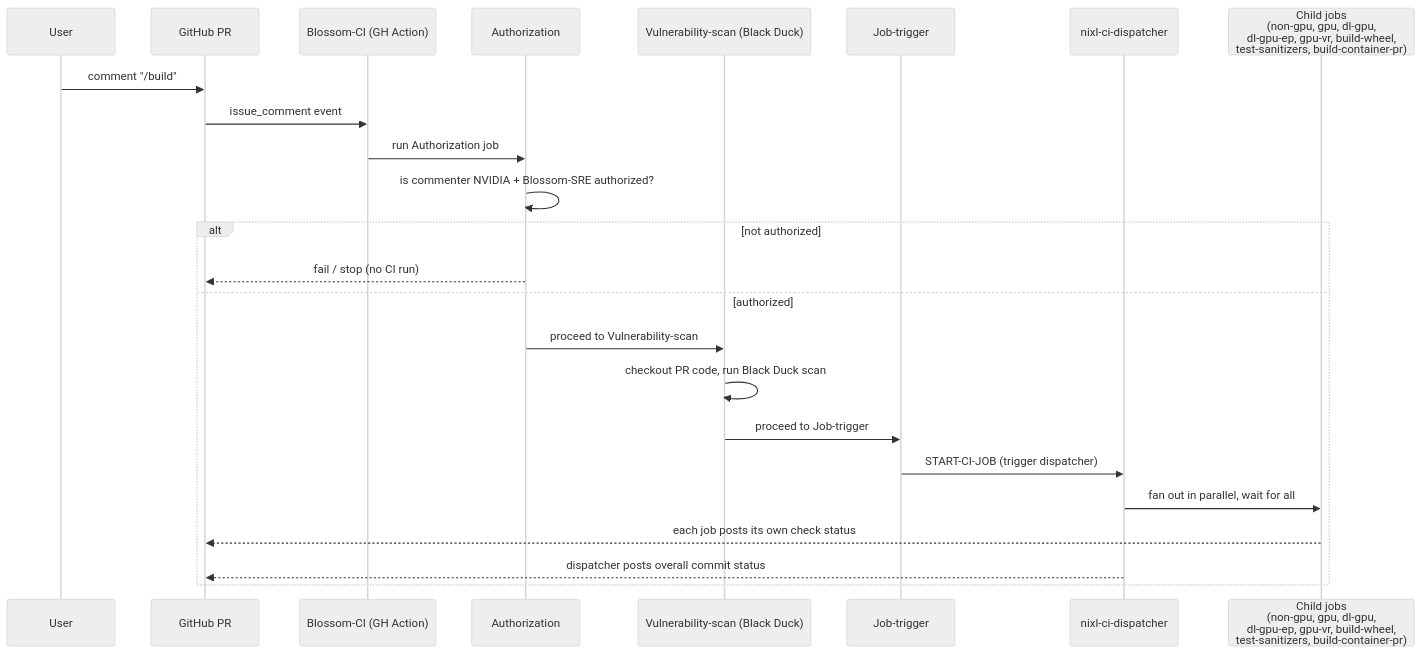
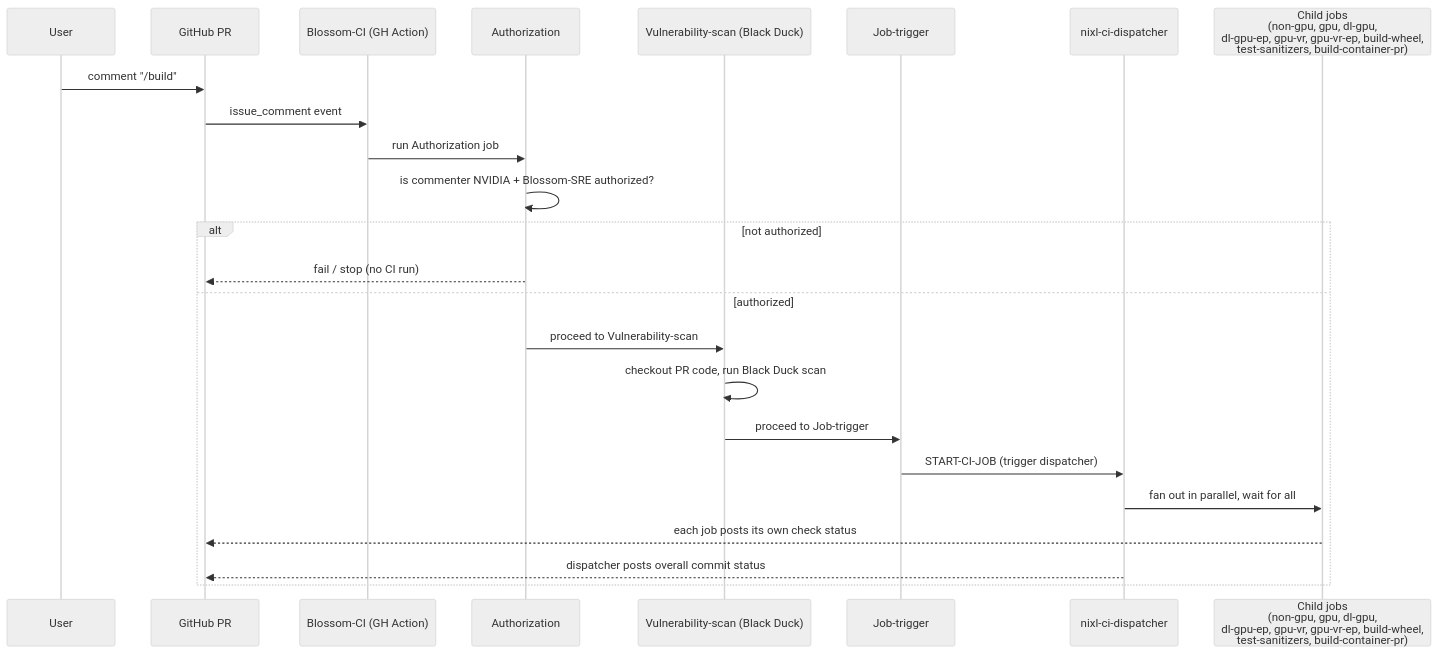
One commit to ai-dynamo/nixl changed the diagram in .ci/docs/ci-overview.md. Above: the diagram before and after it, drawn with Mermaid (neutral theme). The commit also changed other lines of this file and 6 other files, not shown here.

````diff
--- a/.ci/docs/ci-overview.md
+++ b/.ci/docs/ci-overview.md
@@ -96,27 +96,27 @@
 ```mermaid
 sequenceDiagram
     participant User
     participant GH as GitHub PR
     participant Blossom as Blossom-CI (GH Action)
     participant Auth as Authorization
     participant Scan as Vulnerability-scan (Black Duck)
     participant Trigger as Job-trigger
     participant Jenkins as nixl-ci-dispatcher
-    participant Children as Child jobs<br/>(non-gpu, gpu, dl-gpu,<br/>dl-gpu-ep, gpu-vr, build-wheel,<br/>test-sanitizers, build-container-pr)
+    participant Children as Child jobs<br/>(non-gpu, gpu, dl-gpu,<br/>dl-gpu-ep, gpu-vr, gpu-vr-ep, build-wheel,<br/>test-sanitizers, build-container-pr)
 
     User->>GH: comment "/build"
     GH->>Blossom: issue_comment event
     Blossom->>Auth: run Authorization job
     Auth->>Auth: is commenter NVIDIA + Blossom-SRE authorized?
     alt not authorized
         Auth-->>GH: fail / stop (no CI run)
     else authorized
         Auth->>Scan: proceed to Vulnerability-scan
         Scan->>Scan: checkout PR code, run Black Duck scan
         Scan->>Trigger: proceed to Job-trigger
         Trigger->>Jenkins: START-CI-JOB (trigger dispatcher)
         Jenkins->>Children: fan out in parallel, wait for all
         Children-->>GH: each job posts its own check status
         Jenkins-->>GH: dispatcher posts overall commit status
     end
 ```
````
